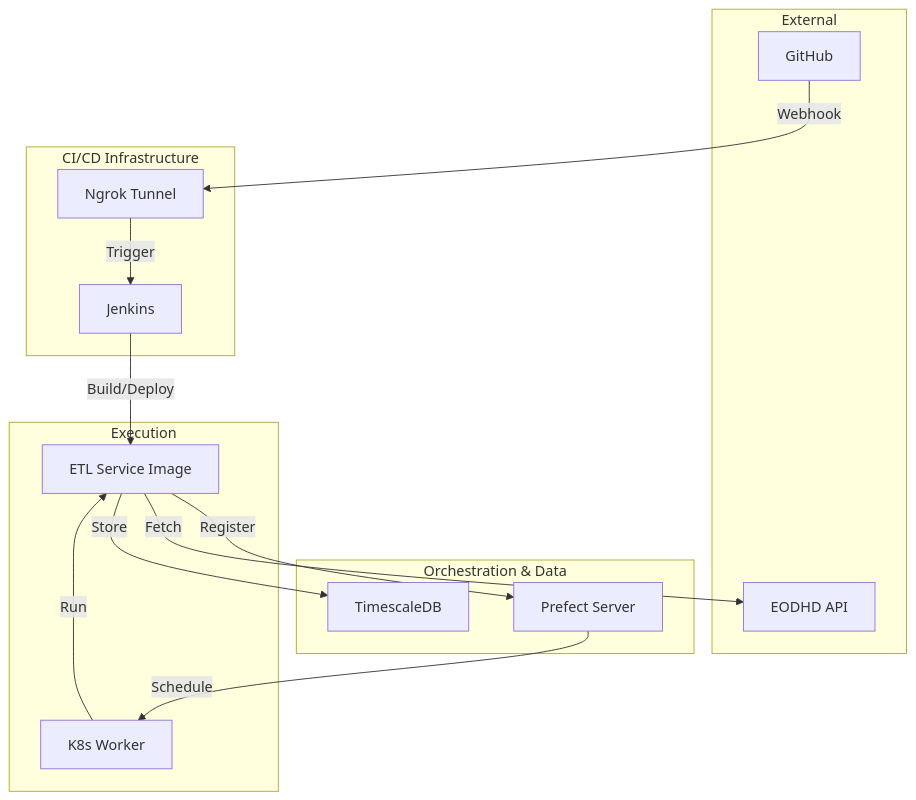
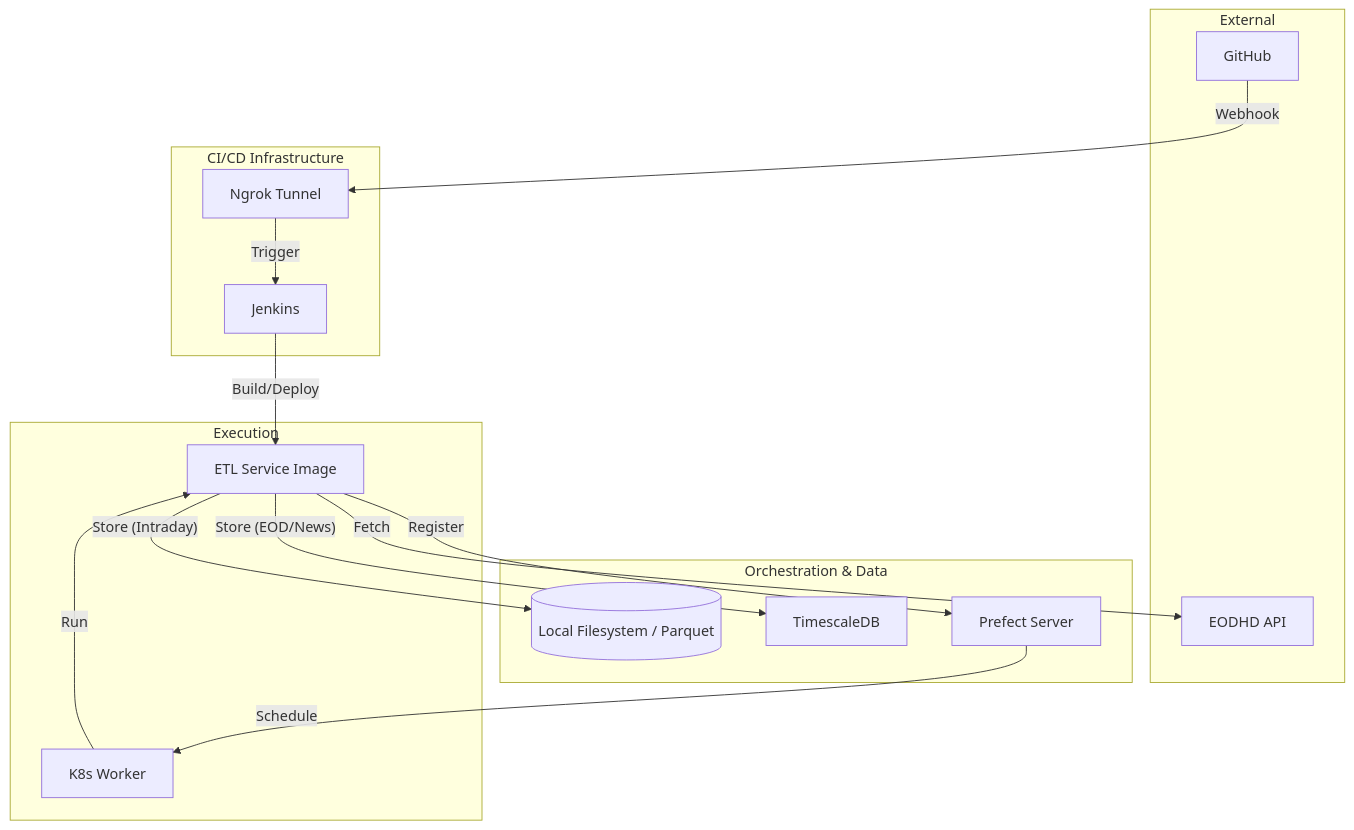
The diagram in docs/index.md (stavyos/enterprise-level-software), drawn with Mermaid before and after one commit. The commit also changed other lines of this file and 9 other files, not shown here.

````diff
--- a/docs/index.md
+++ b/docs/index.md
@@ -9,32 +9,34 @@
 ```mermaid
 graph TD
     subgraph "External"
         GH[GitHub]
         API[EODHD API]
     end
 
     subgraph "CI/CD Infrastructure"
         JK[Jenkins]
         NG[Ngrok Tunnel]
     end
 
     subgraph "Orchestration & Data"
         PS[Prefect Server]
         DB[TimescaleDB]
+        FS[(Local Filesystem / Parquet)]
     end
 
     subgraph "Execution"
         KW[K8s Worker]
         ETL[ETL Service Image]
     end
 
     GH -- "Webhook" --> NG
     NG -- "Trigger" --> JK
     JK -- "Build/Deploy" --> ETL
     ETL -- "Register" --> PS
 
     PS -- "Schedule" --> KW
     KW -- "Run" --> ETL
     ETL -- "Fetch" --> API
-    ETL -- "Store" --> DB
+    ETL -- "Store (EOD/News)" --> DB
+    ETL -- "Store (Intraday)" --> FS
 ```
````
